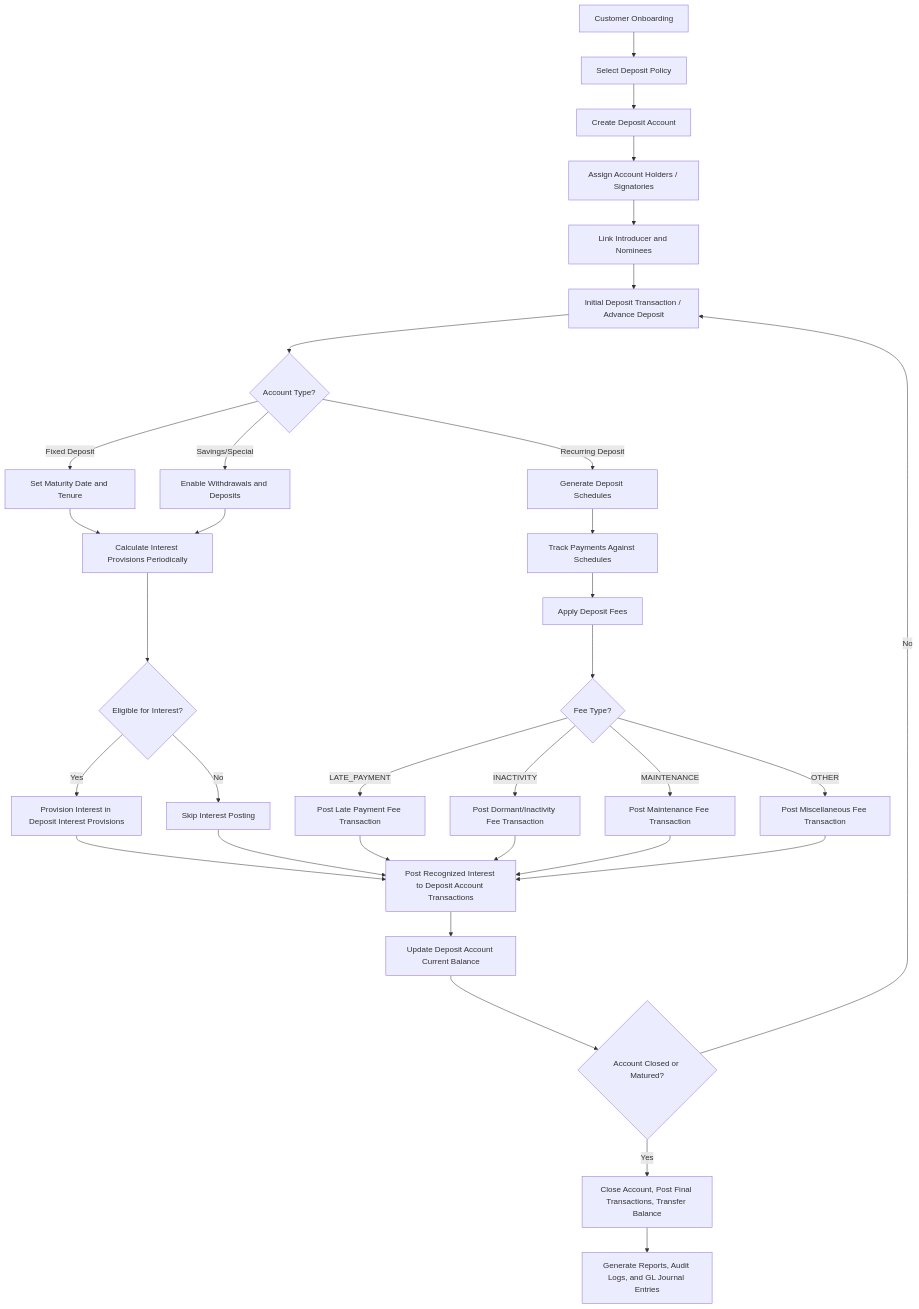
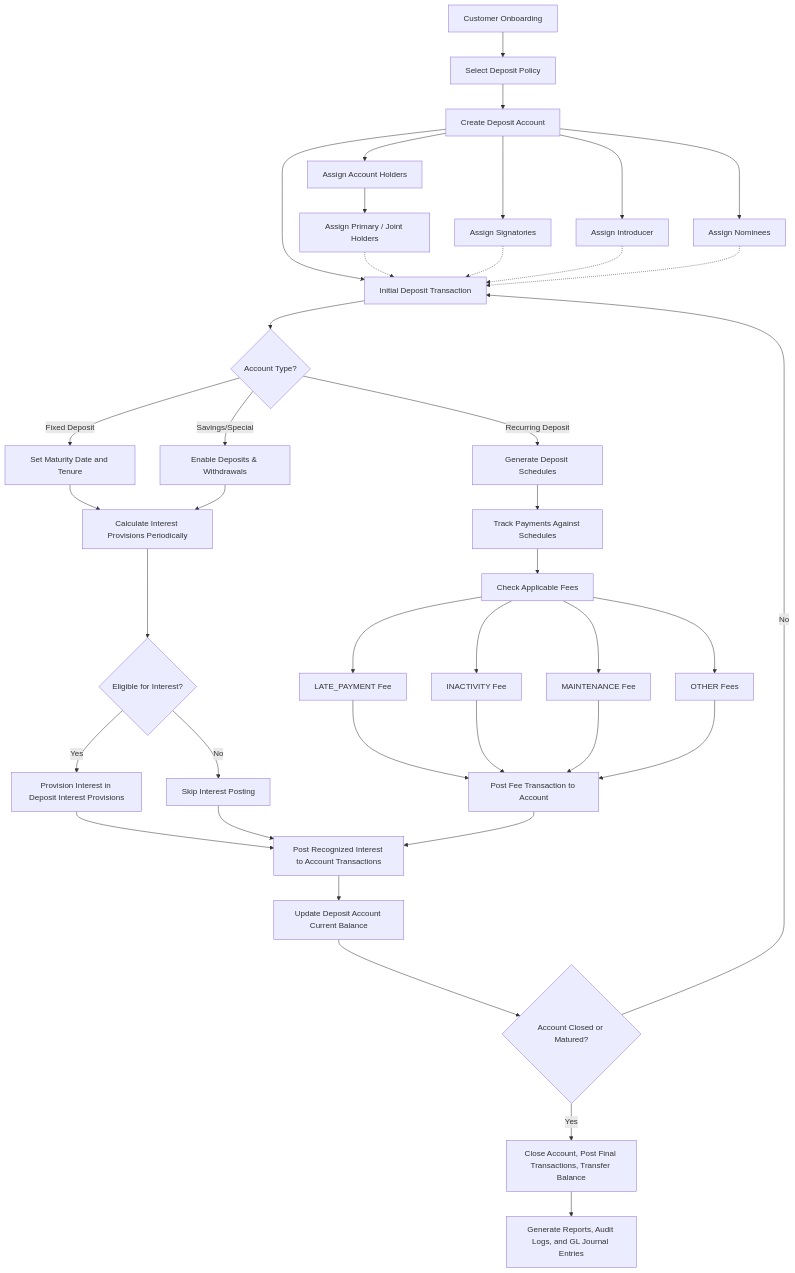
The second of 2 diagrams in _docs/schema_v1/005_deposit_management.md (Newton-Mitro/cu_core), drawn with Mermaid before and after one commit. The commit also changed other lines of this file and 2 other files, not shown here.

````diff
--- a/_docs/schema_v1/005_deposit_management.md
+++ b/_docs/schema_v1/005_deposit_management.md
@@ -270,43 +278,62 @@
 ```mermaid
 flowchart TD
+    %% Customer onboarding
     A[Customer Onboarding] --> B[Select Deposit Policy]
     B --> C[Create Deposit Account]
-    C --> D[Assign Account Holders / Signatories]
-    D --> E[Link Introducer and Nominees]
-    E --> F[Initial Deposit Transaction / Advance Deposit]
 
-    F --> G{Account Type?}
-    G -->|Recurring Deposit| H[Generate Deposit Schedules]
-    G -->|Fixed Deposit| I[Set Maturity Date and Tenure]
-    G -->|Savings/Special| J[Enable Withdrawals and Deposits]
+    %% Assign stakeholders
+    C --> D[Assign Account Holders]
+    D --> D1[Assign Primary / Joint Holders]
+    C --> E[Assign Signatories]
+    C --> F[Assign Introducer]
+    C --> G[Assign Nominees]
 
-    H --> K[Track Payments Against Schedules]
-    I --> L[Calculate Interest Provisions Periodically]
-    J --> L
+    %% Initial deposit
+    C --> H[Initial Deposit Transaction]
 
-    K --> M[Apply Deposit Fees]
-    M --> M1{Fee Type?}
-    M1 -->|LATE_PAYMENT| N[Post Late Payment Fee Transaction]
-    M1 -->|INACTIVITY| N1[Post Dormant/Inactivity Fee Transaction]
-    M1 -->|MAINTENANCE| N2[Post Maintenance Fee Transaction]
-    M1 -->|OTHER| N3[Post Miscellaneous Fee Transaction]
+    %% Account type handling
+    H --> I{Account Type?}
+    I -->|Recurring Deposit| J[Generate Deposit Schedules]
+    I -->|Fixed Deposit| K[Set Maturity Date and Tenure]
+    I -->|Savings/Special| L[Enable Deposits & Withdrawals]
 
-    L --> O{Eligible for Interest?}
-    O -->|Yes| P[Provision Interest in Deposit Interest Provisions]
-    O -->|No| P1[Skip Interest Posting]
+    %% Payment tracking
+    J --> M[Track Payments Against Schedules]
 
-    P --> Q[Post Recognized Interest to Deposit Account Transactions]
-    P1 --> Q
+    %% Fee application
+    M --> N[Check Applicable Fees]
+    N --> N1[LATE_PAYMENT Fee]
+    N --> N2[INACTIVITY Fee]
+    N --> N3[MAINTENANCE Fee]
+    N --> N4[OTHER Fees]
+    N1 --> O[Post Fee Transaction to Account]
+    N2 --> O
+    N3 --> O
+    N4 --> O
 
-    N --> Q
-    N1 --> Q
-    N2 --> Q
-    N3 --> Q
+    %% Interest processing
+    K --> P[Calculate Interest Provisions Periodically]
+    L --> P
+    P --> Q{Eligible for Interest?}
+    Q -->|Yes| R[Provision Interest in Deposit Interest Provisions]
+    Q -->|No| R1[Skip Interest Posting]
+    R --> S[Post Recognized Interest to Account Transactions]
+    R1 --> S
 
-    Q --> R[Update Deposit Account Current Balance]
-    R --> S{Account Closed or Matured?}
-    S -->|Yes| T[Close Account, Post Final Transactions, Transfer Balance]
-    S -->|No| F
+    %% Update balance and maturity
+    O --> S
+    S --> T[Update Deposit Account Current Balance]
+    T --> U{Account Closed or Matured?}
+    U -->|Yes| V[Close Account, Post Final Transactions, Transfer Balance]
+    U -->|No| H
 
-    T --> U[Generate Reports, Audit Logs, and GL Journal Entries]
+    %% Reporting & GL
+    V --> W[Generate Reports, Audit Logs, and GL Journal Entries]
+
+    %% Stakeholder roles integration
+    D1 -.-> H
+    E -.-> H
+    F -.-> H
+    G -.-> H
+
 ```
````
